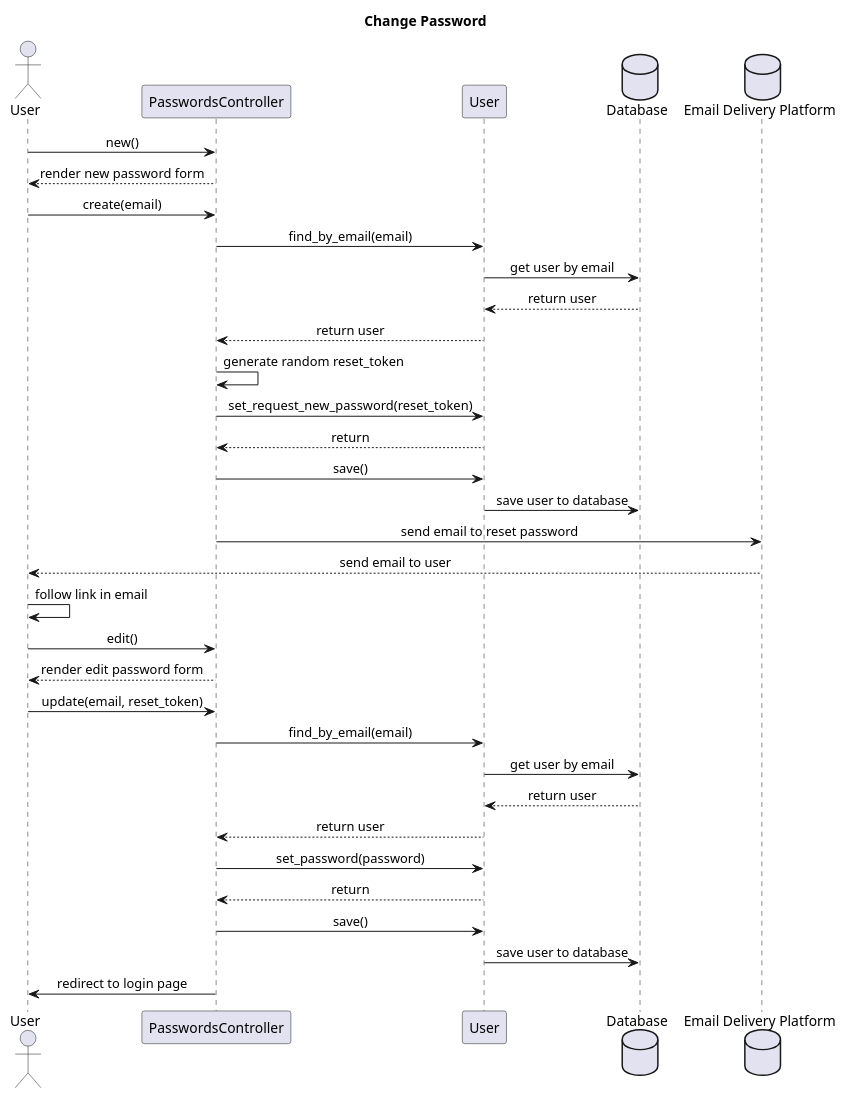
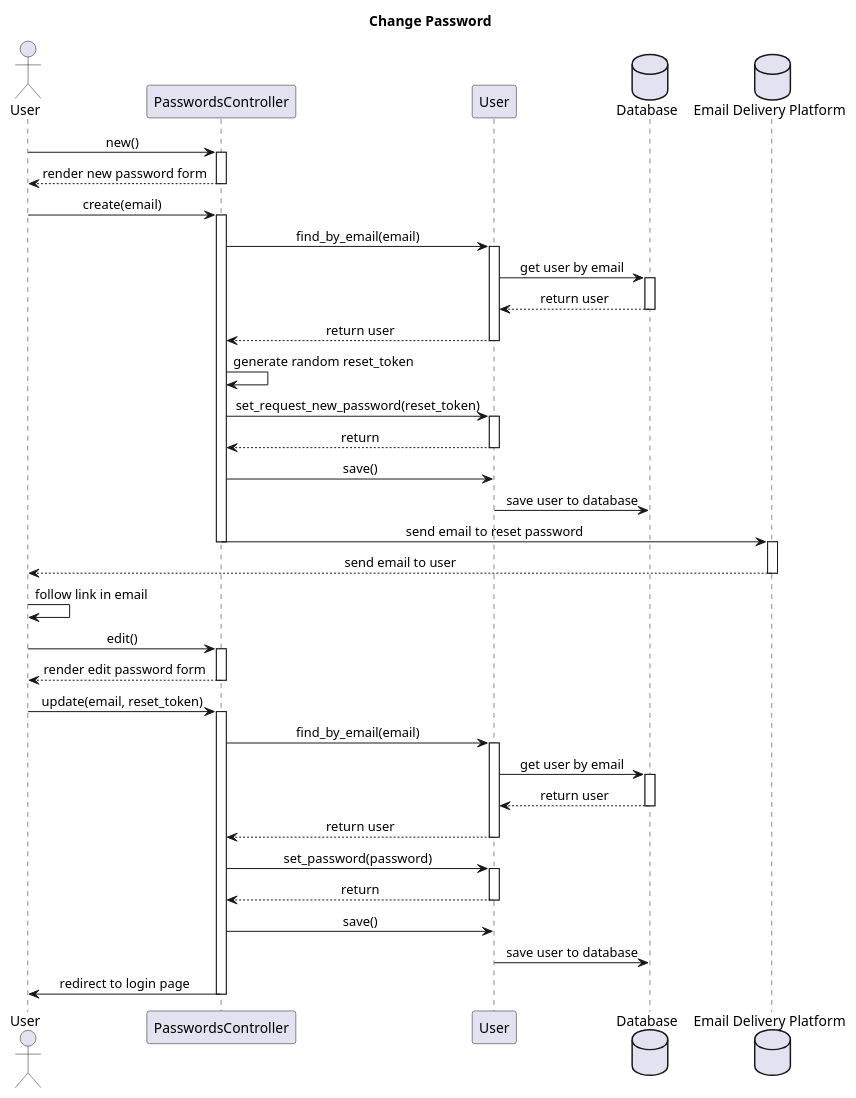
Before and after one commit to calebschoepp/canvasync: the diagram in docs/preliminary_design/change_password_seq.plantuml, drawn with PlantUML. The commit also changed 14 other files, not shown here.

```diff
--- a/docs/preliminary_design/change_password_seq.plantuml
+++ b/docs/preliminary_design/change_password_seq.plantuml
@@ -1,43 +1,62 @@
 @startuml Change Password
 title Change Password
 skinparam sequenceMessageAlign center
 
 actor User as user
 participant PasswordsController as pc
 participant User as um
 database Database as db
 database "Email Delivery Platform" as email
 
 user -> pc : new()
+activate pc
 user <-- pc : render new password form
+deactivate pc
+
 user -> pc : create(email)
-
+activate pc
 pc -> um : find_by_email(email)
+activate um
 um -> db : get user by email
+activate db
 um <-- db : return user
+deactivate db
 pc <-- um : return user
+deactivate um
 pc -> pc : generate random reset_token
 pc -> um : set_request_new_password(reset_token)
+activate um
 pc <-- um : return
+deactivate um
 pc -> um : save()
 um -> db : save user to database
-
 pc -> email : send email to reset password
+deactivate pc
+activate email
 user <-- email : send email to user
+deactivate email
 user -> user : follow link in email
 user -> pc : edit()
+activate pc
 user <-- pc : render edit password form
+deactivate pc
 user -> pc : update(email, reset_token)
-
+activate pc
 pc -> um : find_by_email(email)
+activate um
 um -> db : get user by email
+activate db
 um <-- db : return user
+deactivate db
 pc <-- um : return user
+deactivate um
 pc -> um : set_password(password)
+activate um
 pc <-- um : return
+deactivate um
 pc -> um : save()
 um -> db : save user to database
 
 user <- pc : redirect to login page
-
+deactivate pc
 @enduml
```
